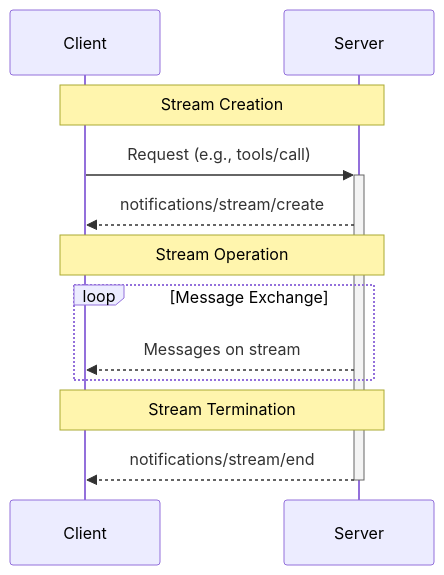
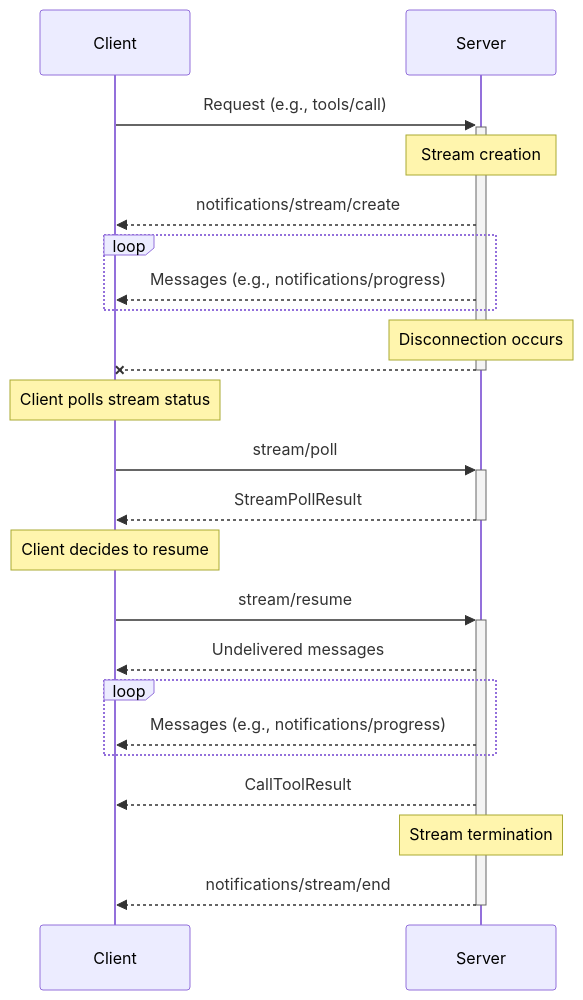
The first of 4 diagrams in docs/specification/draft/basic/streams.mdx (modelcontextprotocol/specification), drawn with Mermaid before and after one commit. The commit also changed other lines of this file, not shown here.

````diff
--- a/docs/specification/draft/basic/streams.mdx
+++ b/docs/specification/draft/basic/streams.mdx
@@ -30,17 +26,31 @@
 ```mermaid
 sequenceDiagram
     participant Client
     participant Server
 
-    Note over Client,Server: Stream Creation
     Client->>+Server: Request (e.g., tools/call)
+    Note over Server: Stream creation
     Server-->>Client: notifications/stream/create
 
-    Note over Client,Server: Stream Operation
-    loop Message Exchange
-        Server-->>Client: Messages on stream
+    loop
+        Server-->>Client: Messages (e.g., notifications/progress)
     end
 
-    Note over Client,Server: Stream Termination
+    Note over Server: Disconnection occurs
+    Server--x-Client:
+
+    Note over Client: Client polls stream status
+    Client->>+Server: stream/poll
+    Server-->>-Client: StreamPollResult
+
+    Note over Client: Client decides to resume
+    Client->>+Server: stream/resume
+    Server-->>Client: Undelivered messages
+    loop
+        Server-->>Client: Messages (e.g., notifications/progress)
+    end
+    Server-->>Client: CallToolResult
+
+    Note over Server: Stream termination
     Server-->>-Client: notifications/stream/end
 ```
````
